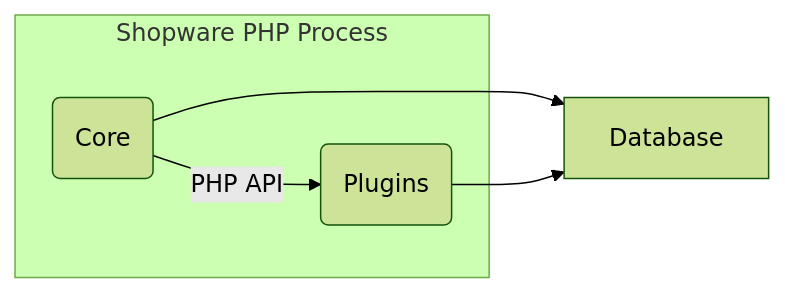
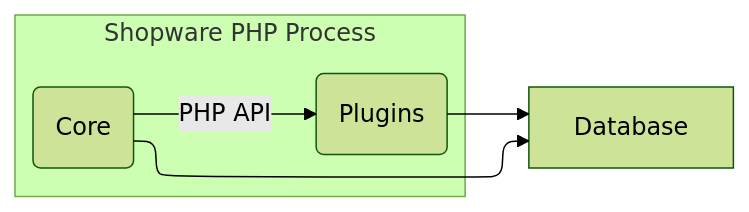
Before and after one commit to shopware/docs: the second of 2 diagrams in concepts/extensions/index.md, drawn with Mermaid (forest theme). The commit also changed 11 other files, not shown here.

````diff
--- a/concepts/extensions/index.md
+++ b/concepts/extensions/index.md
@@ -27,8 +27,8 @@
 ```mermaid
-flowchart LR
+flowchart-elk LR
 subgraph Shopware PHP Process
     A(Core)--PHP API-->B(Plugins)
 end
     A-->C[Database]
     B-->C
 ```
````
